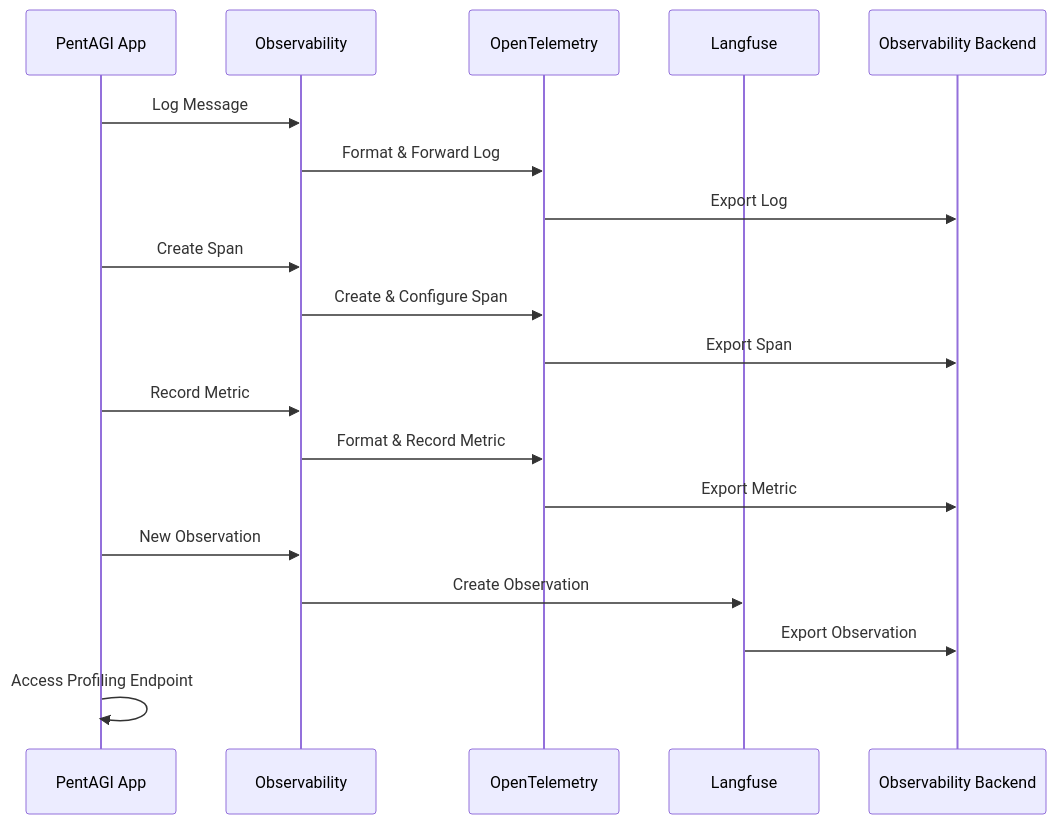
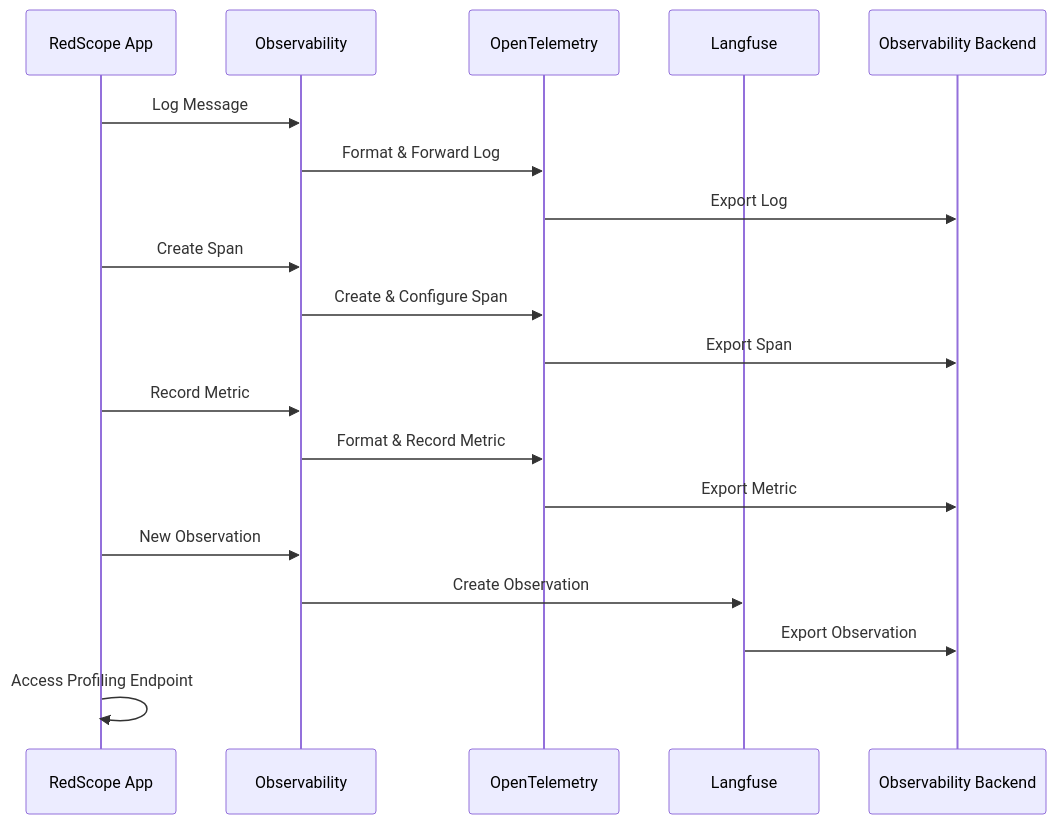
One commit to Adelya30stm/WorldState_Agent_Intelligence_Platform changed the second of 2 diagrams in backend/docs/observability.md. Above: the diagram before and after it, drawn with Mermaid. The commit also changed other lines of this file and 129 other files, not shown here.

First line of the commit message:
feat: rebrand to RedScope, add attack paths, findings, infrastructure

````diff
--- a/backend/docs/observability.md
+++ b/backend/docs/observability.md
@@ -100,26 +100,26 @@
 ```mermaid
 sequenceDiagram
-    participant App as PentAGI App
+    participant App as RedScope App
     participant Obs as Observability
     participant OTEL as OpenTelemetry
     participant Lf as Langfuse
     participant Backend as Observability Backend
 
     App->>Obs: Log Message
     Obs->>OTEL: Format & Forward Log
     OTEL->>Backend: Export Log
 
     App->>Obs: Create Span
     Obs->>OTEL: Create & Configure Span
     OTEL->>Backend: Export Span
 
     App->>Obs: Record Metric
     Obs->>OTEL: Format & Record Metric
     OTEL->>Backend: Export Metric
 
     App->>Obs: New Observation
     Obs->>Lf: Create Observation
     Lf->>Backend: Export Observation
 
     App->>App: Access Profiling Endpoint
 ```
````
